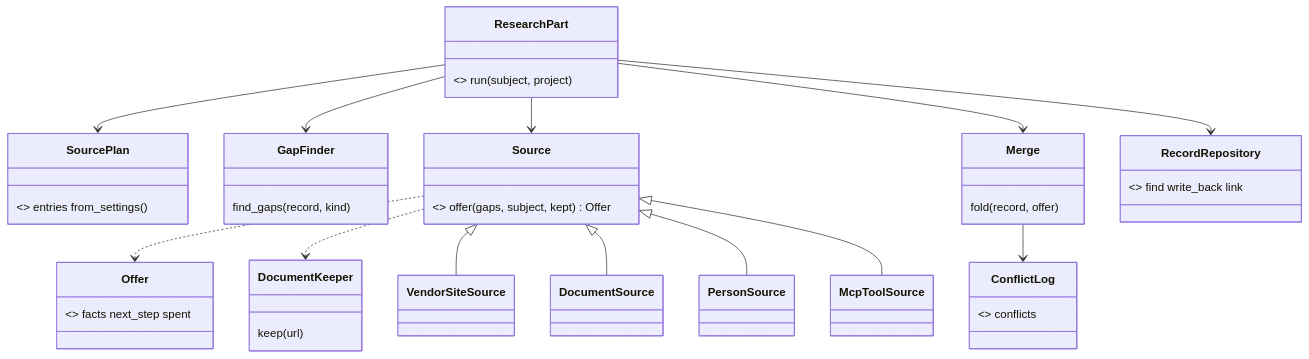
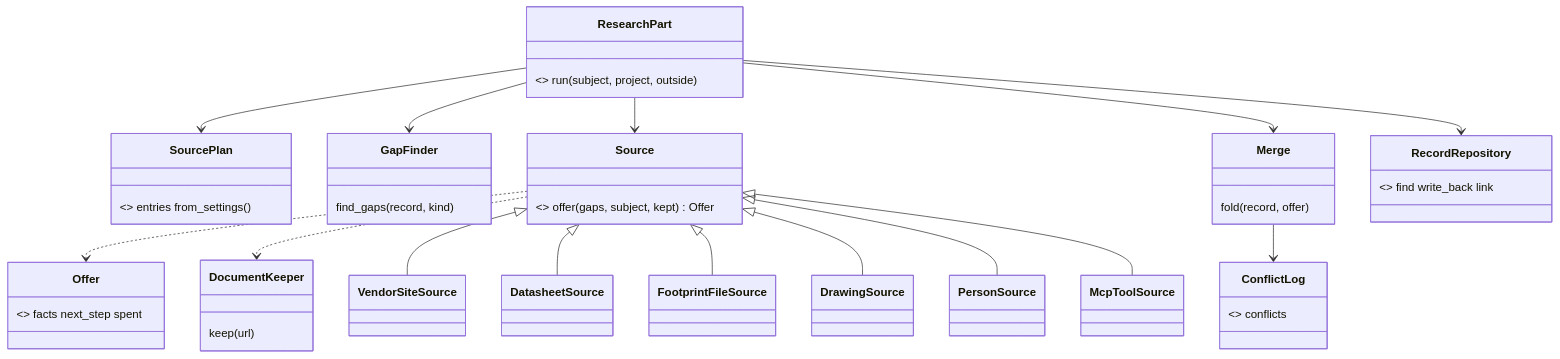
Before and after one commit to xmejkal/spark: the diagram in docs/discovery/2026-11-10-p735-dfrobot-records/brief.md, drawn with Mermaid. The commit also changed other lines of this file and 6 other files, not shown here.

````diff
--- a/docs/discovery/2026-11-10-p735-dfrobot-records/brief.md
+++ b/docs/discovery/2026-11-10-p735-dfrobot-records/brief.md
@@ -59,24 +59,26 @@
 ```mermaid
 classDiagram
-  class ResearchPart { <<Operation>> run(subject, project) }
+  class ResearchPart { <<Operation>> run(subject, project, outside) }
   class SourcePlan { <<Value>> entries from_settings() }
   class GapFinder { find_gaps(record, kind) }
   class Source { <<Strategy>> offer(gaps, subject, kept) Offer }
   class Offer { <<Value>> facts next_step spent }
   class Merge { fold(record, offer) }
   class ConflictLog { <<Value>> conflicts }
   class RecordRepository { <<Repository>> find write_back link }
   class DocumentKeeper { keep(url) }
   ResearchPart --> SourcePlan
   ResearchPart --> GapFinder
   ResearchPart --> Source
   ResearchPart --> Merge
   ResearchPart --> RecordRepository
   Merge --> ConflictLog
   Source ..> Offer
   Source ..> DocumentKeeper
   Source <|-- VendorSiteSource
-  Source <|-- DocumentSource
+  Source <|-- DatasheetSource
+  Source <|-- FootprintFileSource
+  Source <|-- DrawingSource
   Source <|-- PersonSource
   Source <|-- McpToolSource
 ```
````
